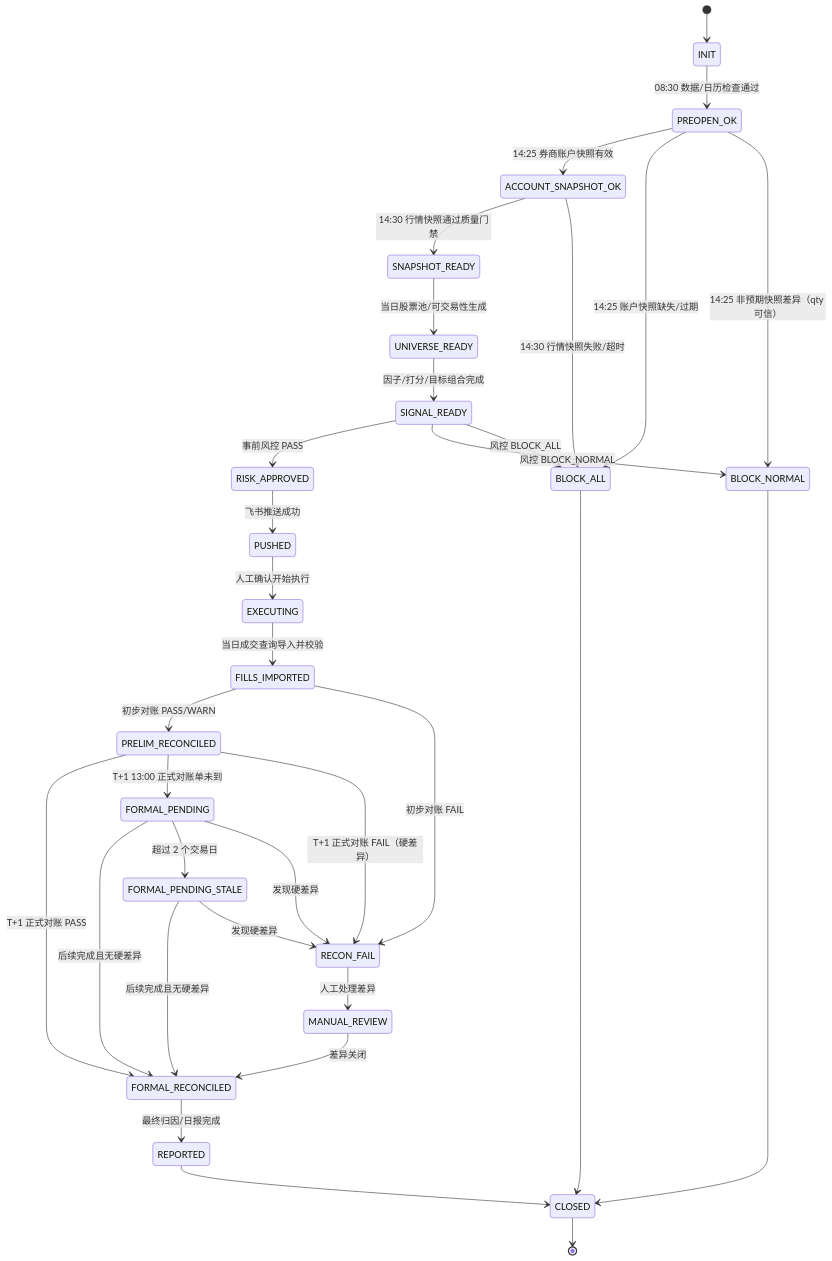
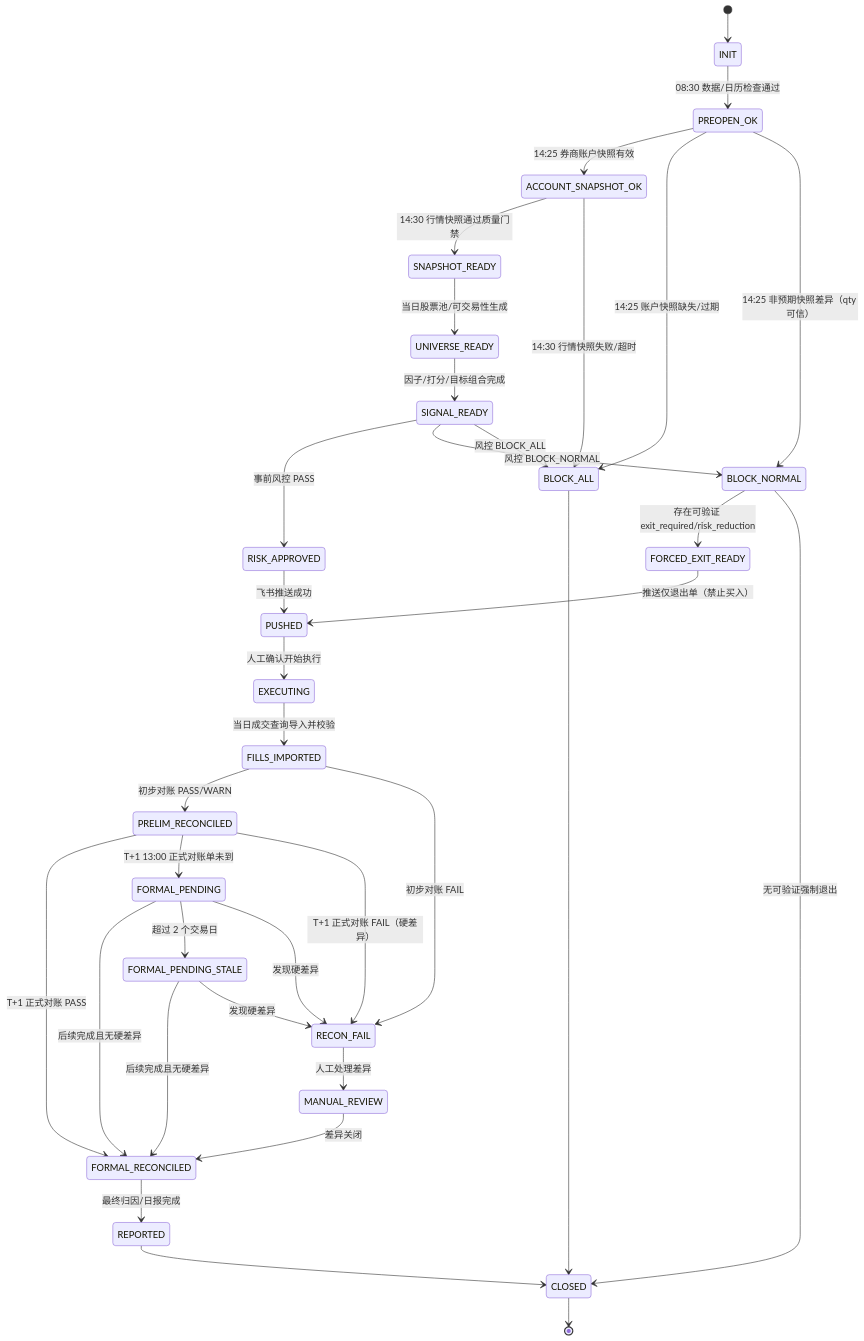
Before and after one commit to shanghaitechXHF/quantx: the third of 3 diagrams in docs/design.md, drawn with Mermaid. The commit also changed other lines of this file, not shown here.

````diff
--- a/docs/design.md
+++ b/docs/design.md
@@ -605,35 +621,37 @@
 ```mermaid
 stateDiagram-v2
     [*] --> INIT
     INIT --> PREOPEN_OK: 08:30 数据/日历检查通过
     PREOPEN_OK --> ACCOUNT_SNAPSHOT_OK: 14:25 券商账户快照有效
     PREOPEN_OK --> BLOCK_ALL: 14:25 账户快照缺失/过期
     PREOPEN_OK --> BLOCK_NORMAL: 14:25 非预期快照差异（qty 可信）
     ACCOUNT_SNAPSHOT_OK --> SNAPSHOT_READY: 14:30 行情快照通过质量门禁
     ACCOUNT_SNAPSHOT_OK --> BLOCK_ALL: 14:30 行情快照失败/超时
     SNAPSHOT_READY --> UNIVERSE_READY: 当日股票池/可交易性生成
     UNIVERSE_READY --> SIGNAL_READY: 因子/打分/目标组合完成
     SIGNAL_READY --> RISK_APPROVED: 事前风控 PASS
     SIGNAL_READY --> BLOCK_NORMAL: 风控 BLOCK_NORMAL
     SIGNAL_READY --> BLOCK_ALL: 风控 BLOCK_ALL
+    BLOCK_NORMAL --> FORCED_EXIT_READY: 存在可验证 exit_required/risk_reduction
+    FORCED_EXIT_READY --> PUSHED: 推送仅退出单（禁止买入）
     RISK_APPROVED --> PUSHED: 飞书推送成功
     PUSHED --> EXECUTING: 人工确认开始执行
     EXECUTING --> FILLS_IMPORTED: 当日成交查询导入并校验
     FILLS_IMPORTED --> PRELIM_RECONCILED: 初步对账 PASS/WARN
     FILLS_IMPORTED --> RECON_FAIL: 初步对账 FAIL
     PRELIM_RECONCILED --> FORMAL_RECONCILED: T+1 正式对账 PASS
     PRELIM_RECONCILED --> FORMAL_PENDING: T+1 13:00 正式对账单未到
     FORMAL_PENDING --> FORMAL_RECONCILED: 后续完成且无硬差异
     FORMAL_PENDING --> FORMAL_PENDING_STALE: 超过 2 个交易日
     FORMAL_PENDING_STALE --> FORMAL_RECONCILED: 后续完成且无硬差异
     FORMAL_PENDING_STALE --> RECON_FAIL: 发现硬差异
     FORMAL_PENDING --> RECON_FAIL: 发现硬差异
     PRELIM_RECONCILED --> RECON_FAIL: T+1 正式对账 FAIL（硬差异）
     FORMAL_RECONCILED --> REPORTED: 最终归因/日报完成
     RECON_FAIL --> MANUAL_REVIEW: 人工处理差异
     MANUAL_REVIEW --> FORMAL_RECONCILED: 差异关闭
     REPORTED --> CLOSED
-    BLOCK_NORMAL --> CLOSED
+    BLOCK_NORMAL --> CLOSED: 无可验证强制退出
     BLOCK_ALL --> CLOSED
     CLOSED --> [*]
 ```
````
